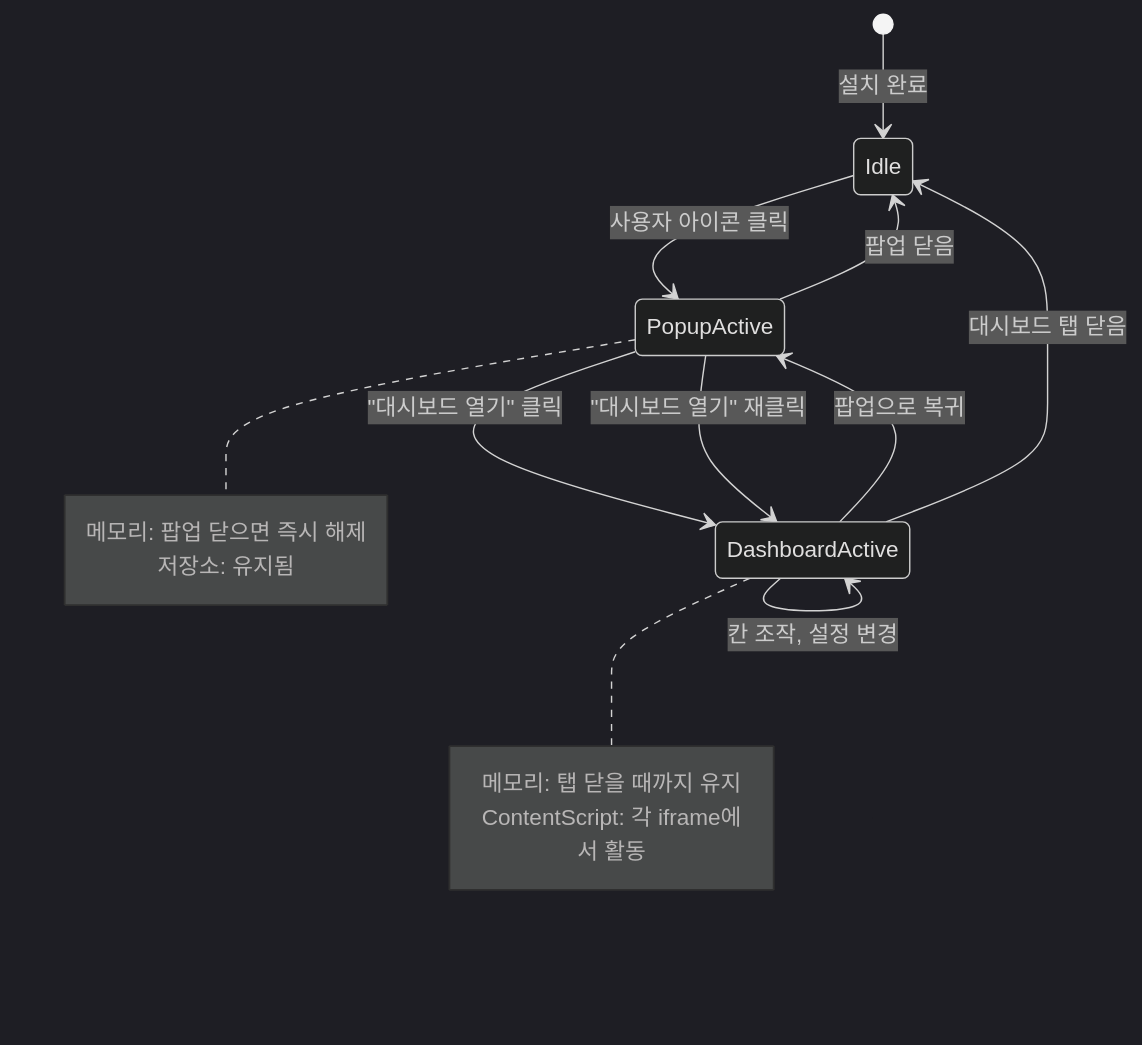
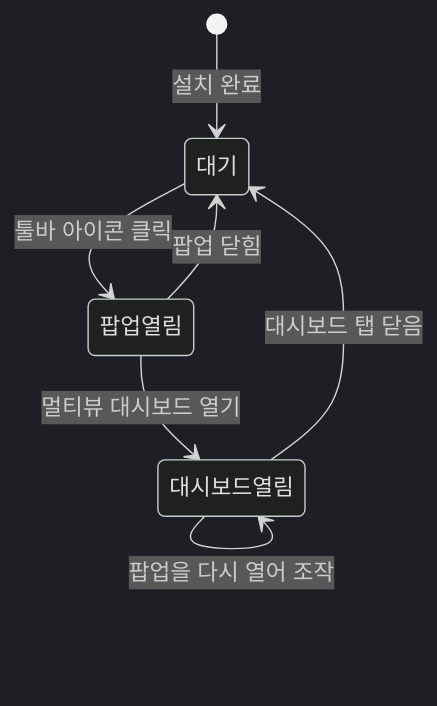
The second of 4 diagrams in document/Process-Viewpoint/Flows-Lifecycle.md (QYnote/ChzzkMultiViewer), drawn with Mermaid (dark theme) before and after one commit. The commit also changed other lines of this file and 14 other files, not shown here.

````diff
--- a/document/Process-Viewpoint/Flows-Lifecycle.md
+++ b/document/Process-Viewpoint/Flows-Lifecycle.md
@@ -38,25 +37,9 @@
 ```mermaid
 stateDiagram-v2
-    [*] --> Idle: 설치 완료
-    
-    Idle --> PopupActive: 사용자 아이콘 클릭
-    PopupActive --> Idle: 팝업 닫음
-    
-    PopupActive --> DashboardActive: "대시보드 열기" 클릭
-    
-    DashboardActive --> DashboardActive: 칸 조작, 설정 변경
-    DashboardActive --> PopupActive: 팝업으로 복귀
-    DashboardActive --> Idle: 대시보드 탭 닫음
-    
-    PopupActive --> DashboardActive: "대시보드 열기" 재클릭
-    
-    note right of PopupActive
-        메모리: 팝업 닫으면 즉시 해제
-        저장소: 유지됨
-    end note
-    
-    note right of DashboardActive
-        메모리: 탭 닫을 때까지 유지
-        ContentScript: 각 iframe에서 활동
-    end note
+  [*] --> 대기: 설치 완료
+  대기 --> 팝업열림: 툴바 아이콘 클릭
+  팝업열림 --> 대기: 팝업 닫힘
+  팝업열림 --> 대시보드열림: 멀티뷰 대시보드 열기
+  대시보드열림 --> 대시보드열림: 팝업을 다시 열어 조작
+  대시보드열림 --> 대기: 대시보드 탭 닫음
 ```
````
